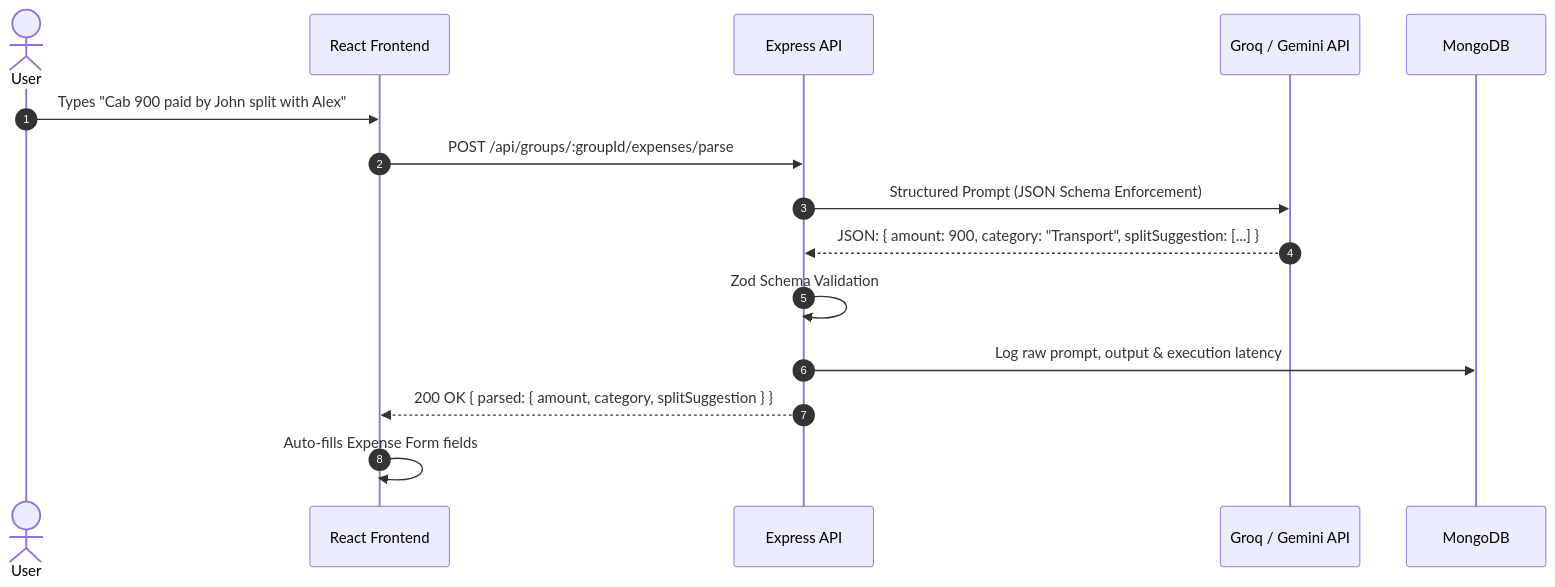
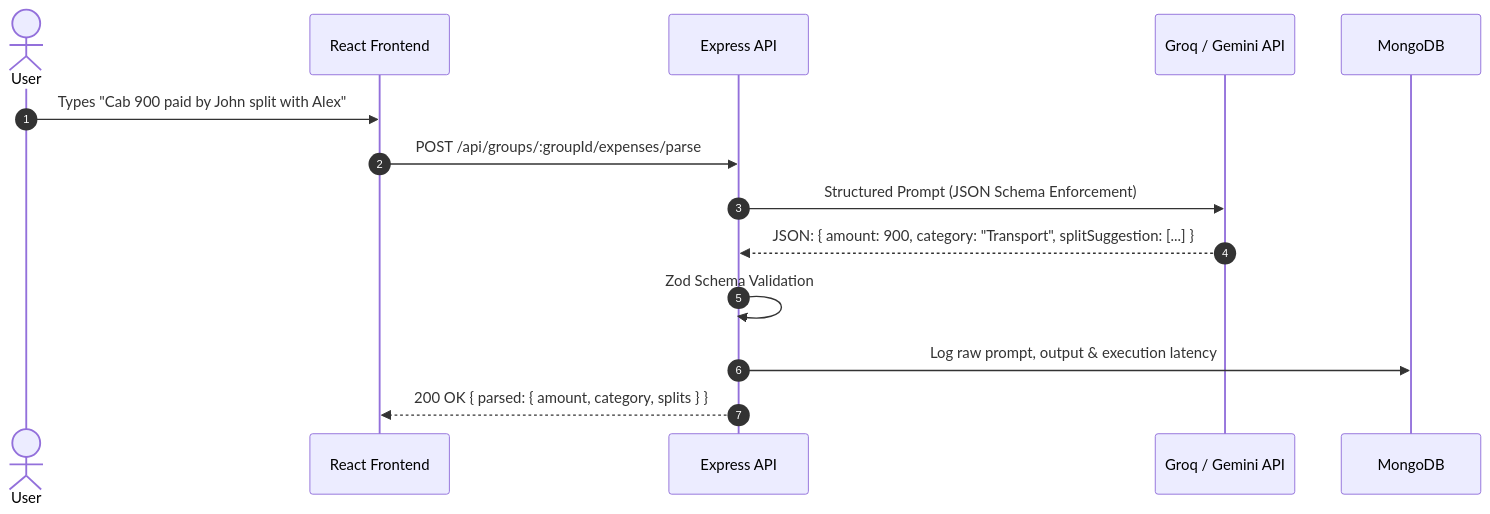
One commit to jovabsabus130-alt/splitup changed the fourth of 4 diagrams in HLD.md. Above: the diagram before and after it, drawn with Mermaid. The commit also changed other lines of this file and 2 other files, not shown here.

Commit message:
docs: update PRD, HLD, and LLD with comprehensive server-side error handling architecture

````diff
--- a/HLD.md
+++ b/HLD.md
@@ -86,18 +138,17 @@
 ```mermaid
 sequenceDiagram
   autonumber
   actor User
   participant UI as React Frontend
   participant API as Express API
   participant AI as Groq / Gemini API
   participant Mongo as MongoDB
 
   User->>UI: Types "Cab 900 paid by John split with Alex"
   UI->>API: POST /api/groups/:groupId/expenses/parse
   API->>AI: Structured Prompt (JSON Schema Enforcement)
   AI-->>API: JSON: { amount: 900, category: "Transport", splitSuggestion: [...] }
   API->>API: Zod Schema Validation
   API->>Mongo: Log raw prompt, output & execution latency
-  API-->>UI: 200 OK { parsed: { amount, category, splitSuggestion } }
-  UI->>UI: Auto-fills Expense Form fields
+  API-->>UI: 200 OK { parsed: { amount, category, splits } }
 ```
````
